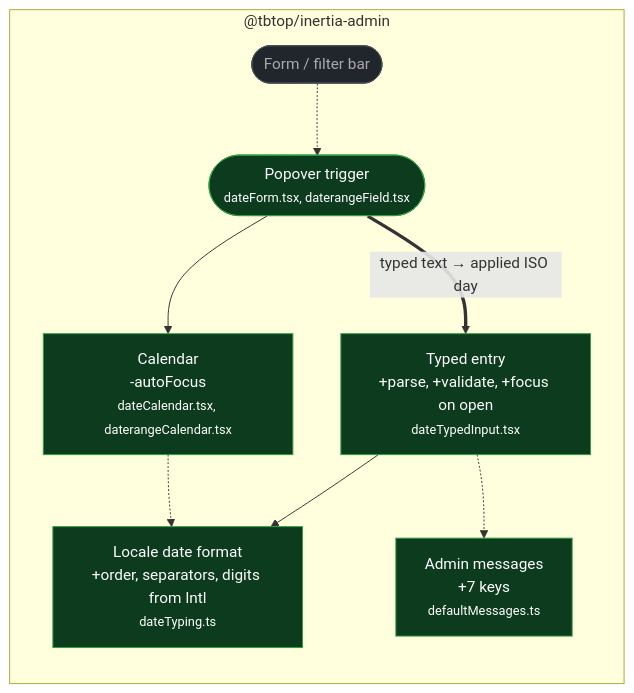
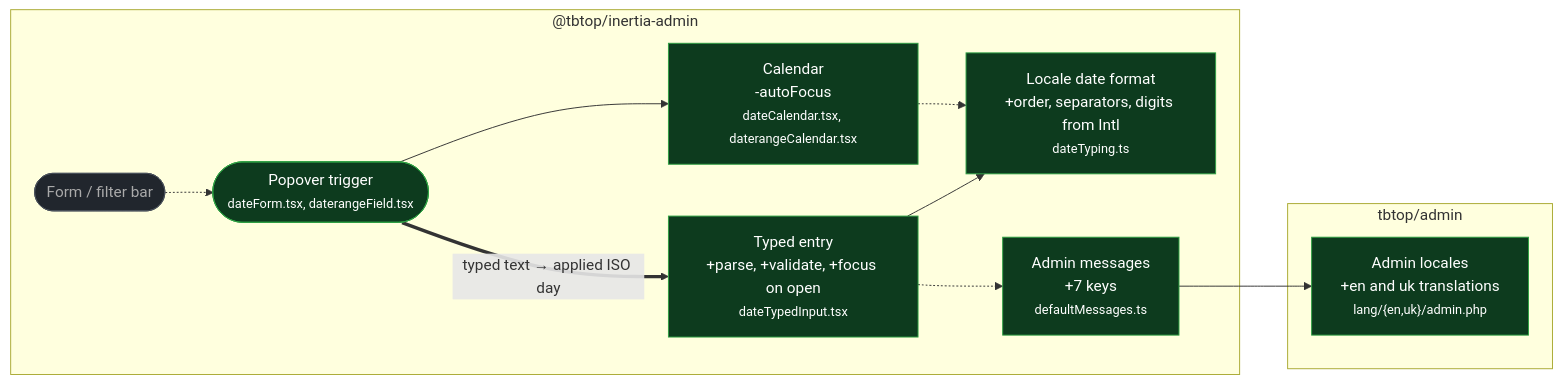
Before and after one commit to DiVotek/tbtop: the diagram in .changes/t3code-feat-date-field-text-input.md, drawn with Mermaid. The commit also changed other lines of this file and 5 other files, not shown here.

````diff
--- a/.changes/t3code-feat-date-field-text-input.md
+++ b/.changes/t3code-feat-date-field-text-input.md
@@ -15,23 +15,27 @@
 ```mermaid
 flowchart LR
     subgraph client["@tbtop/inertia-admin"]
         form(["Form / filter bar"]):::unchanged
         trigger(["Popover trigger<br/><small>dateForm.tsx, daterangeField.tsx</small>"]):::changed
         typed["Typed entry<br/>+parse, +validate, +focus on open<br/><small>dateTypedInput.tsx</small>"]:::changed
         parsing["Locale date format<br/>+order, separators, digits from Intl<br/><small>dateTyping.ts</small>"]:::changed
         calendar["Calendar<br/>-autoFocus<br/><small>dateCalendar.tsx, daterangeCalendar.tsx</small>"]:::changed
         messages["Admin messages<br/>+7 keys<br/><small>defaultMessages.ts</small>"]:::changed
     end
+    subgraph server["tbtop/admin"]
+        locales["Admin locales<br/>+en and uk translations<br/><small>lang/{en,uk}/admin.php</small>"]:::changed
+    end
 
     form -.-> trigger
     trigger ==>|"typed text → applied ISO day"| typed
     typed --> parsing
     trigger --> calendar
     typed -.-> messages
+    messages --> locales
     calendar -.-> parsing
 
     classDef changed fill:#0d3b1e,stroke:#2ea043,color:#fff
     classDef touched fill:#21262d,stroke:#8b949e,stroke-dasharray:4,color:#ddd
     classDef unchanged fill:#21262d,stroke:#484f58,color:#aaa
     classDef removed fill:#3b0d0d,stroke:#da3633,color:#fff
 ```
````
